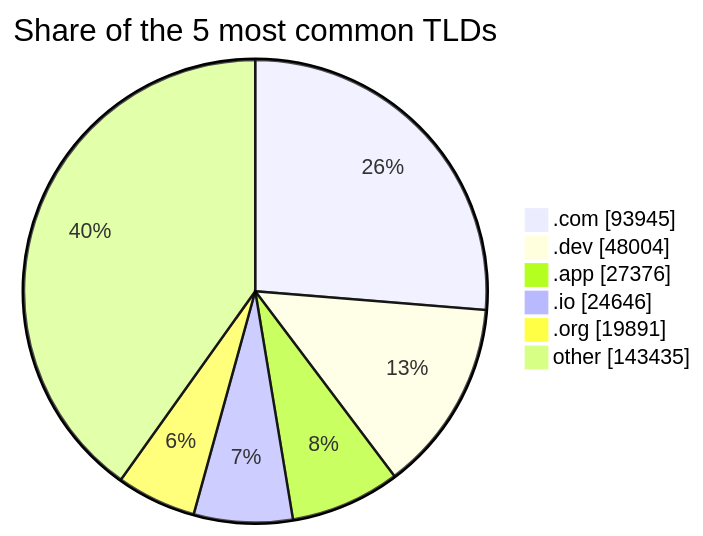
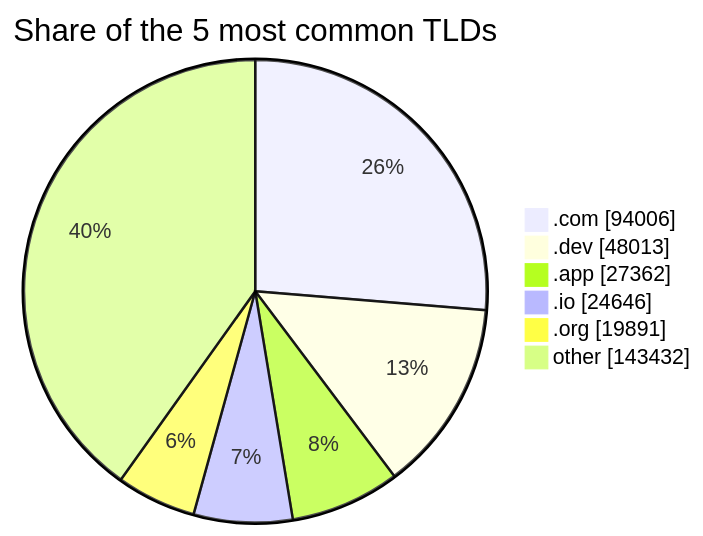
One commit to DNSBunker/CTI changed the third of 3 diagrams in README.md. Above: the diagram before and after it, drawn with Mermaid. The commit also changed other lines of this file and 3 other files, not shown here.

````diff
--- a/README.md
+++ b/README.md
@@ -81,9 +81,9 @@
 ```mermaid
 pie showData title Share of the 5 most common TLDs
-    ".com" : 93945
-    ".dev" : 48004
-    ".app" : 27376
+    ".com" : 94006
+    ".dev" : 48013
+    ".app" : 27362
     ".io" : 24646
     ".org" : 19891
-    "other" : 143435
+    "other" : 143432
 ```
````
